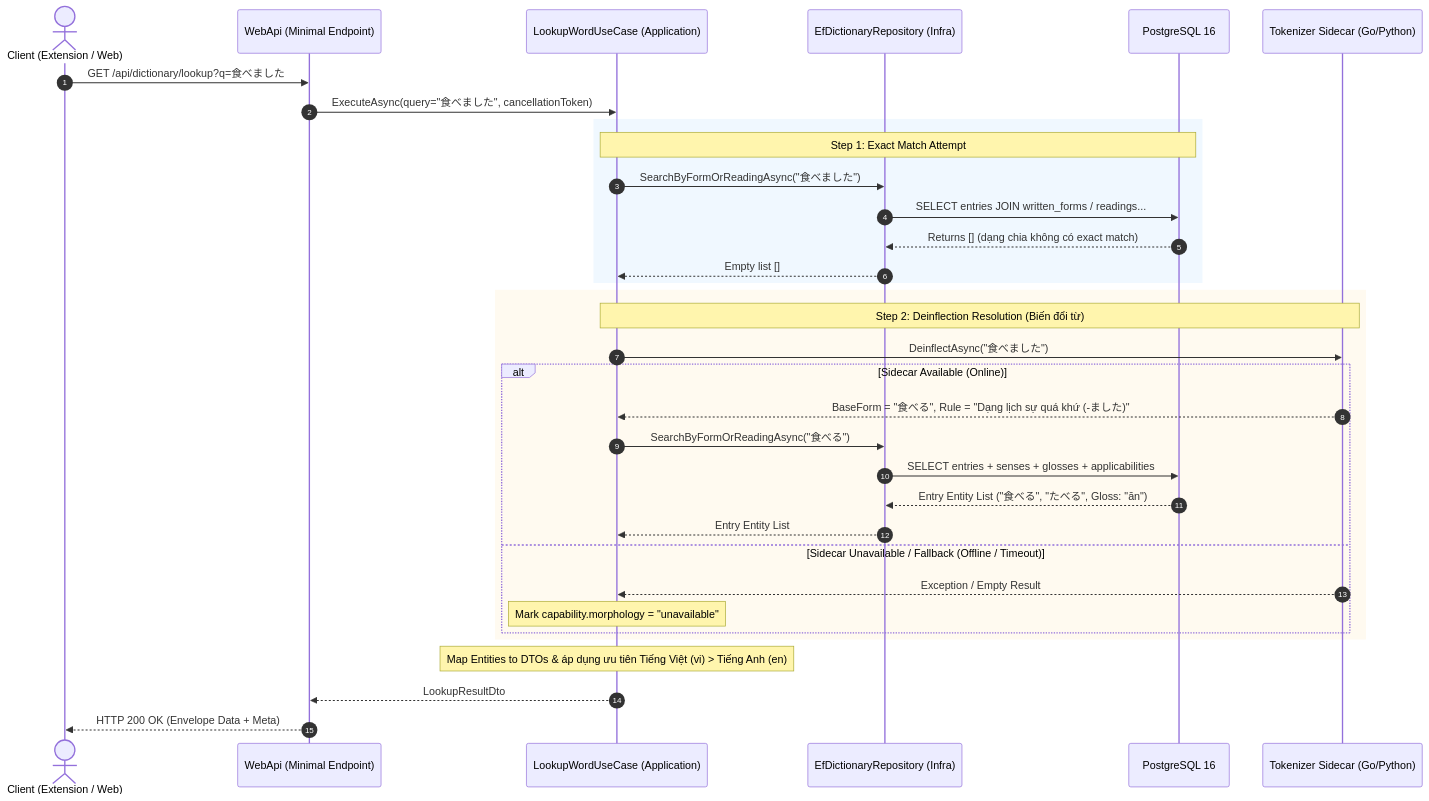
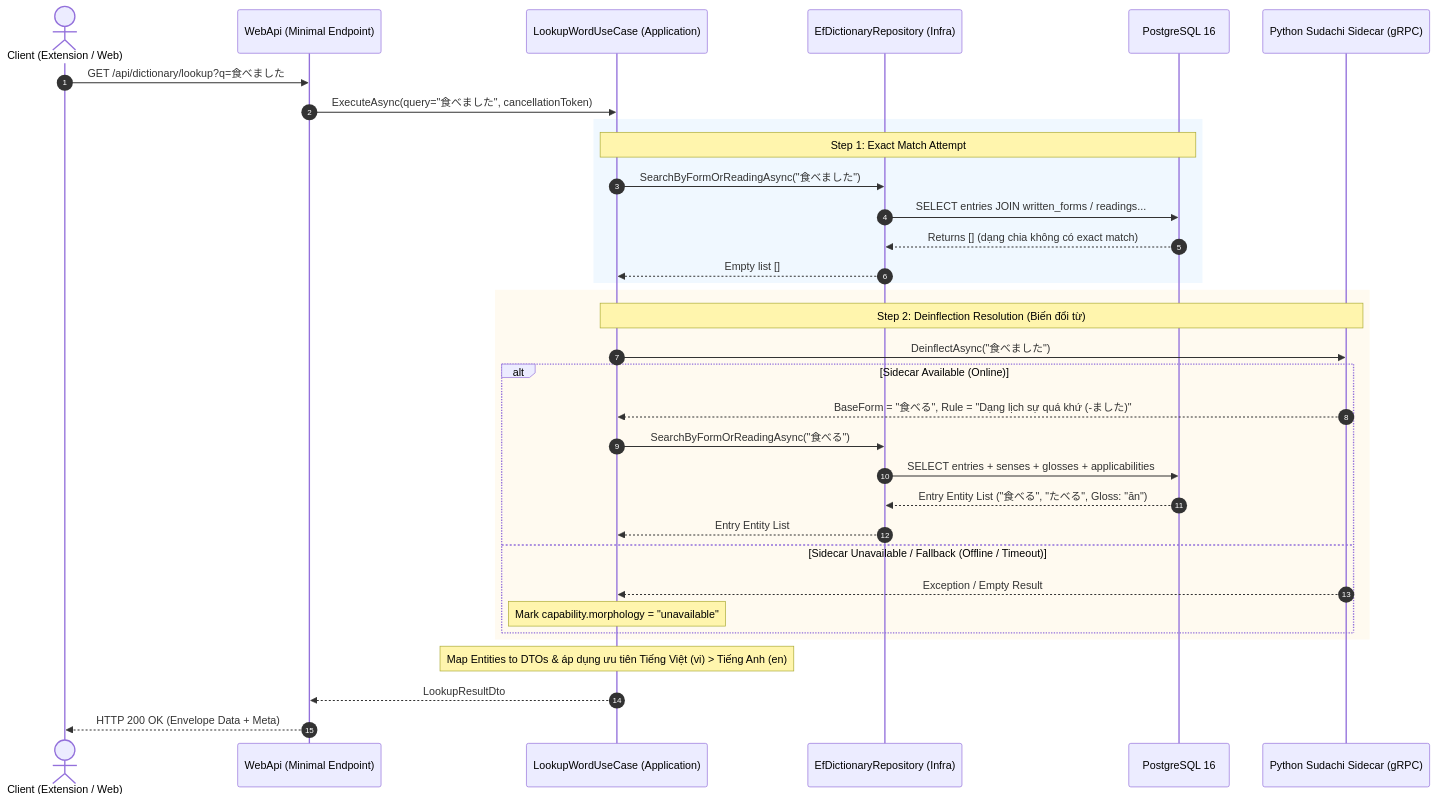
The diagram in .sdd/specs/feat-dict-lookup/PLAN.md (vup568/extension_dict), drawn with Mermaid before and after one commit. The commit also changed other lines of this file and 12 other files, not shown here.

````diff
--- a/.sdd/specs/feat-dict-lookup/PLAN.md
+++ b/.sdd/specs/feat-dict-lookup/PLAN.md
@@ -50,40 +51,40 @@
 ```mermaid
 sequenceDiagram
     autonumber
     actor Client as Client (Extension / Web)
     participant API as WebApi (Minimal Endpoint)
     participant UseCase as LookupWordUseCase (Application)
     participant Repo as EfDictionaryRepository (Infra)
     participant DB as PostgreSQL 16
-    participant Sidecar as Tokenizer Sidecar (Go/Python)
+    participant Sidecar as Python Sudachi Sidecar (gRPC)
 
     Client->>API: GET /api/dictionary/lookup?q=食べました
     API->>UseCase: ExecuteAsync(query="食べました", cancellationToken)
     
     rect rgb(240, 248, 255)
         note over UseCase, DB: Step 1: Exact Match Attempt
         UseCase->>Repo: SearchByFormOrReadingAsync("食べました")
         Repo->>DB: SELECT entries JOIN written_forms / readings...
         DB-->>Repo: Returns [] (dạng chia không có exact match)
         Repo-->>UseCase: Empty list []
     end
 
     rect rgb(255, 250, 240)
         note over UseCase, Sidecar: Step 2: Deinflection Resolution (Biến đổi từ)
         UseCase->>Sidecar: DeinflectAsync("食べました")
         alt Sidecar Available (Online)
             Sidecar-->>UseCase: BaseForm = "食べる", Rule = "Dạng lịch sự quá khứ (-ました)"
             UseCase->>Repo: SearchByFormOrReadingAsync("食べる")
             Repo->>DB: SELECT entries + senses + glosses + applicabilities
             DB-->>Repo: Entry Entity List ("食べる", "たべる", Gloss: "ăn")
             Repo-->>UseCase: Entry Entity List
         else Sidecar Unavailable / Fallback (Offline / Timeout)
             Sidecar-->>UseCase: Exception / Empty Result
             note over UseCase: Mark capability.morphology = "unavailable"
         end
     end
 
     note over UseCase: Map Entities to DTOs & áp dụng ưu tiên Tiếng Việt (vi) > Tiếng Anh (en)
     UseCase-->>API: LookupResultDto
     API-->>Client: HTTP 200 OK (Envelope Data + Meta)
 ```
````
